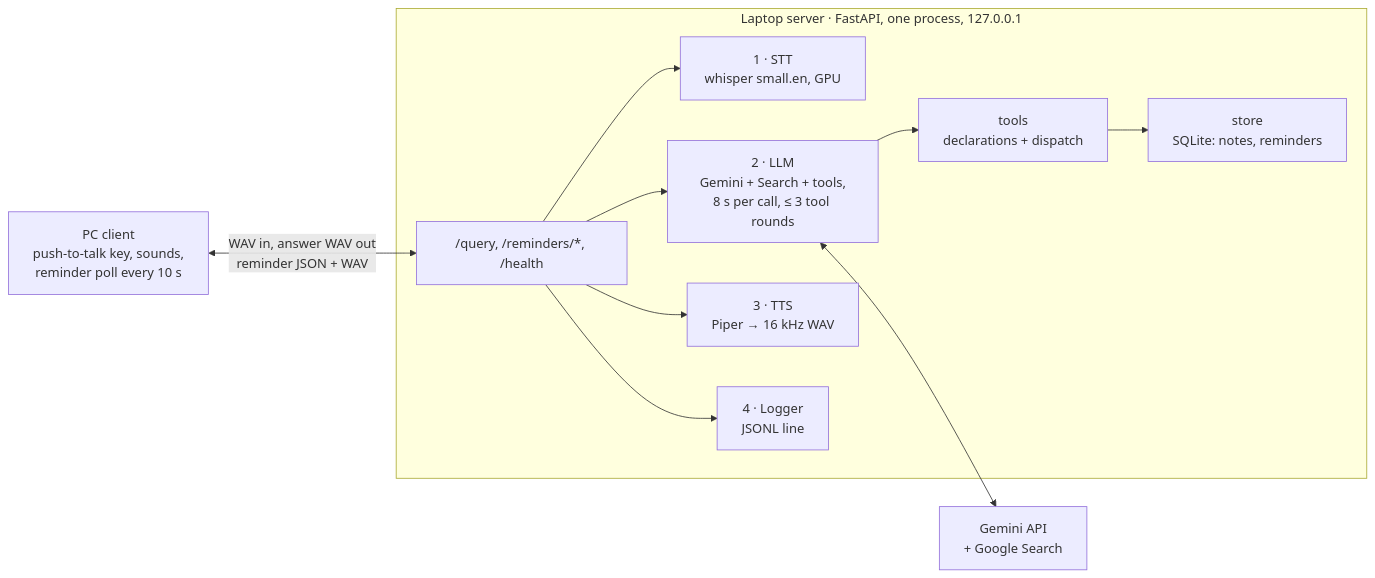
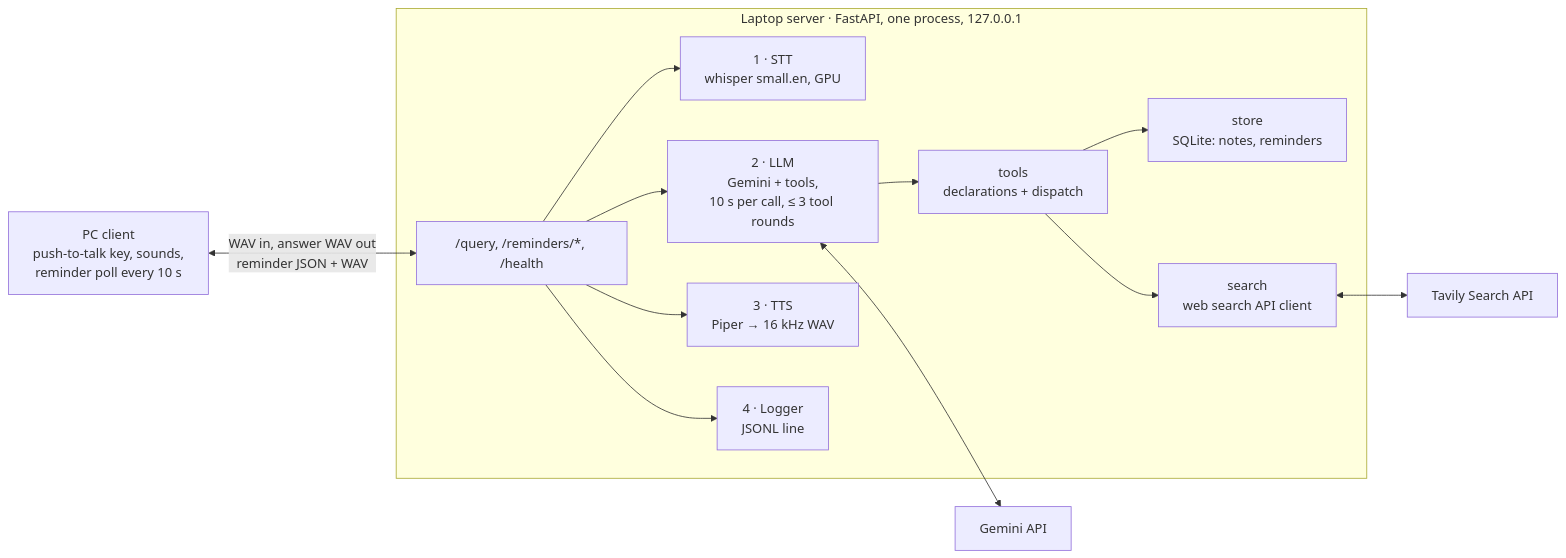
The diagram in docs/design.md (Bhavik-03/AI_glass_v1), drawn with Mermaid before and after one commit. The commit also changed other lines of this file and 6 other files, not shown here.

First line of the commit message:
docs: switch live info to web_search via Tavily after spike (FR-5)

````diff
--- a/docs/design.md
+++ b/docs/design.md
@@ -13,14 +13,16 @@
 ```mermaid
 flowchart LR
     C["PC client<br/>push-to-talk key, sounds,<br/>reminder poll every 10 s"] <-->|"WAV in, answer WAV out<br/>reminder JSON + WAV"| Q
     subgraph S["Laptop server · FastAPI, one process, 127.0.0.1"]
         Q["/query, /reminders/*, /health"]
         Q --> STT["1 · STT<br/>whisper small.en, GPU"]
-        Q --> LLM["2 · LLM<br/>Gemini + Search + tools,<br/>8 s per call, ≤ 3 tool rounds"]
+        Q --> LLM["2 · LLM<br/>Gemini + tools,<br/>10 s per call, ≤ 3 tool rounds"]
         LLM --> TOOLS["tools<br/>declarations + dispatch"]
         TOOLS --> DB["store<br/>SQLite: notes, reminders"]
+        TOOLS --> SEARCH["search<br/>web search API client"]
         Q --> TTS["3 · TTS<br/>Piper → 16 kHz WAV"]
         Q --> LOG["4 · Logger<br/>JSONL line"]
     end
-    LLM <--> G["Gemini API<br/>+ Google Search"]
+    LLM <--> G["Gemini API"]
+    SEARCH <--> W["Tavily Search API"]
 ```
````
